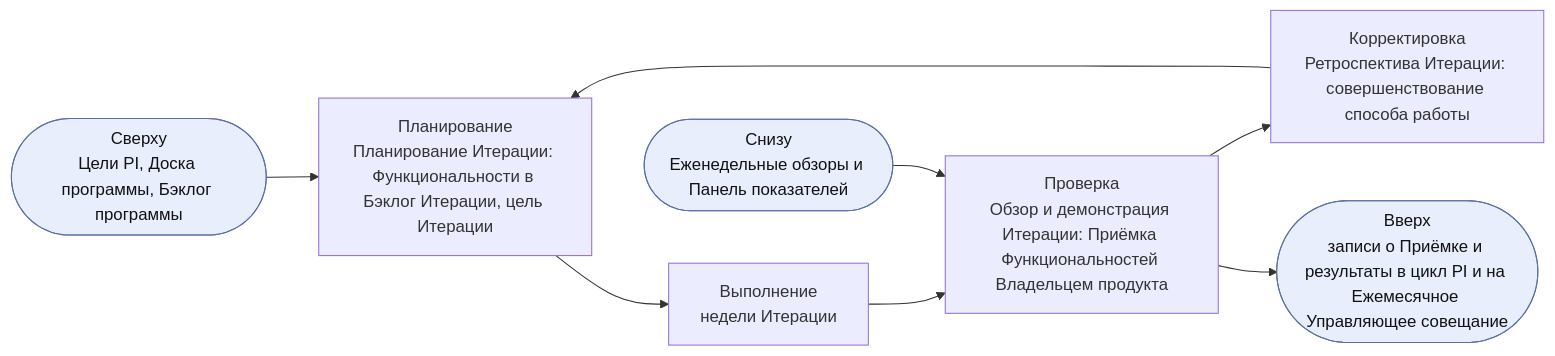
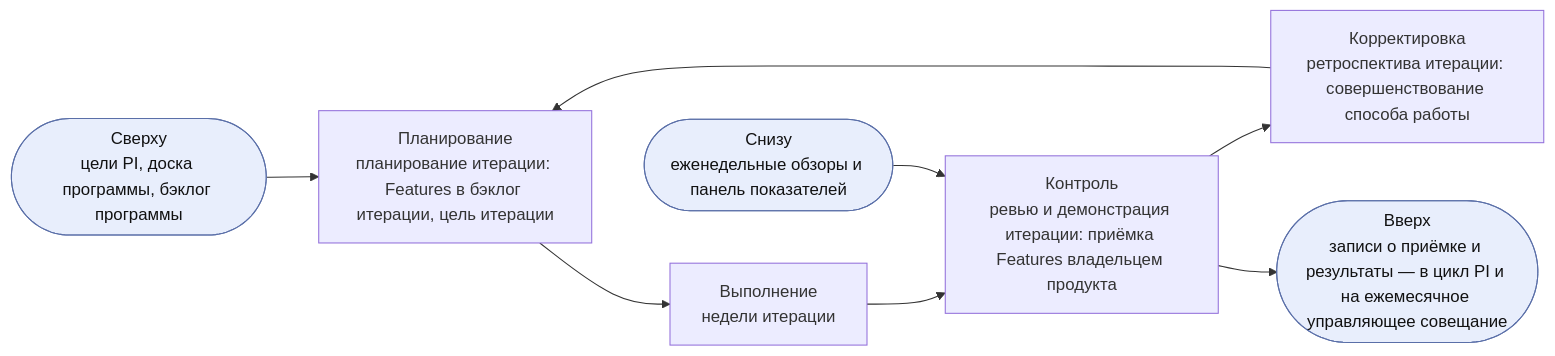
Before and after one commit to devhogu/ob-aicc: the sixth of 13 diagrams in charter/ru/documents/solution-lifecycle-model.md, drawn with Mermaid. The commit also changed other lines of this file and 1 other file, not shown here.

````diff
--- a/charter/ru/documents/solution-lifecycle-model.md
+++ b/charter/ru/documents/solution-lifecycle-model.md
@@ -287,8 +287,8 @@
 ```mermaid
 flowchart LR
-  IN(["Сверху<br/>Цели PI, Доска программы, Бэклог программы"]):::iface --> P
-  P["Планирование<br/>Планирование Итерации: Функциональности в Бэклог Итерации, цель Итерации"] --> D["Выполнение<br/>недели Итерации"] --> C["Проверка<br/>Обзор и демонстрация Итерации: Приёмка Функциональностей Владельцем продукта"] --> A["Корректировка<br/>Ретроспектива Итерации: совершенствование способа работы"] --> P
-  EV(["Снизу<br/>Еженедельные обзоры и Панель показателей"]):::iface --> C
-  C --> UP(["Вверх<br/>записи о Приёмке и результаты в цикл PI и на Ежемесячное Управляющее совещание"]):::iface
+  IN(["Сверху<br/>цели PI, доска программы, бэклог программы"]):::iface --> P
+  P["Планирование<br/>планирование итерации: Features в бэклог итерации, цель итерации"] --> D["Выполнение<br/>недели итерации"] --> C["Контроль<br/>ревью и демонстрация итерации: приёмка Features владельцем продукта"] --> A["Корректировка<br/>ретроспектива итерации: совершенствование способа работы"] --> P
+  EV(["Снизу<br/>еженедельные обзоры и панель показателей"]):::iface --> C
+  C --> UP(["Вверх<br/>записи о приёмке и результаты — в цикл PI и на ежемесячное управляющее совещание"]):::iface
   classDef iface fill:#e8eefc,stroke:#5a6fa8,color:#111
 ```
````
